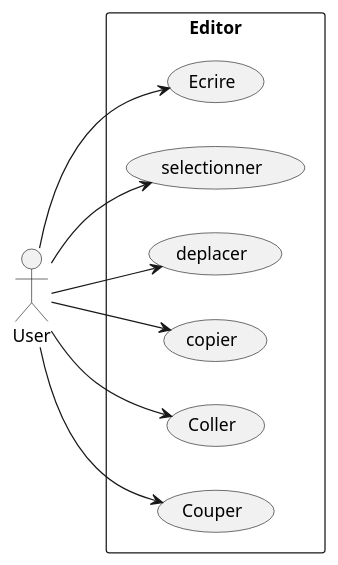
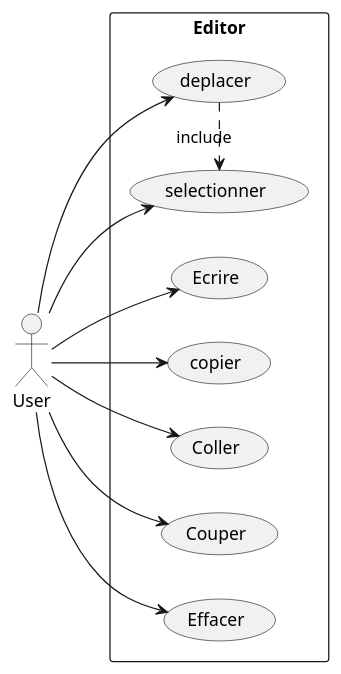
The diagram in UseCase.puml (kiurow590/ESIR2_OMD_Project_Editor), drawn with PlantUML before and after one commit. The commit also changed 7 other files, not shown here.

Commit message:
Tous les diagrammes de séquence contextuelle

```diff
--- a/UseCase.puml
+++ b/UseCase.puml
@@ -1,21 +1,27 @@
 @startuml
 left to right direction
 actor "User" as user
 rectangle Editor {
   usecase "Ecrire" as UC1
   usecase "selectionner" as UC2
   usecase "deplacer" as UC3
   usecase "copier" as UC4
   usecase "Coller" as UC5
   usecase "Couper" as UC6
+  usecase "Effacer" as UC7
+
+
+(UC3) .> (UC2) : include
 
 
 }
+
 user --> UC1
 user --> UC2
 user --> UC3
 user --> UC4
 user --> UC5
 user --> UC6
+user --> UC7
 
 @enduml
```
